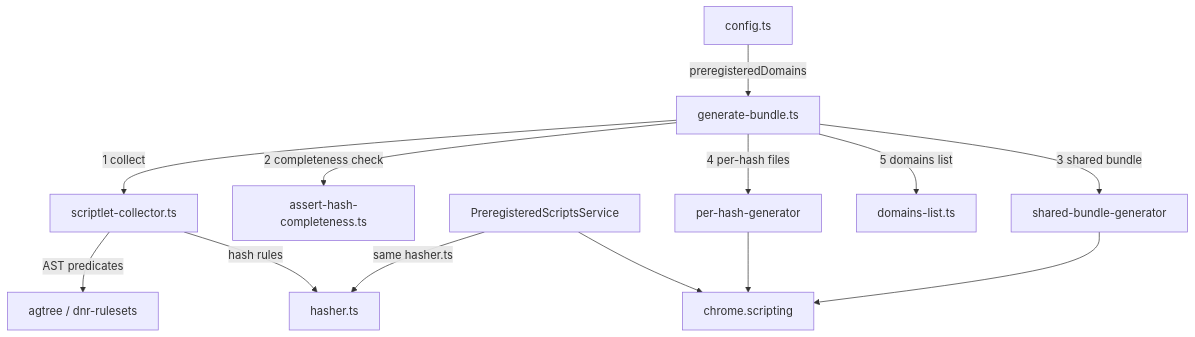
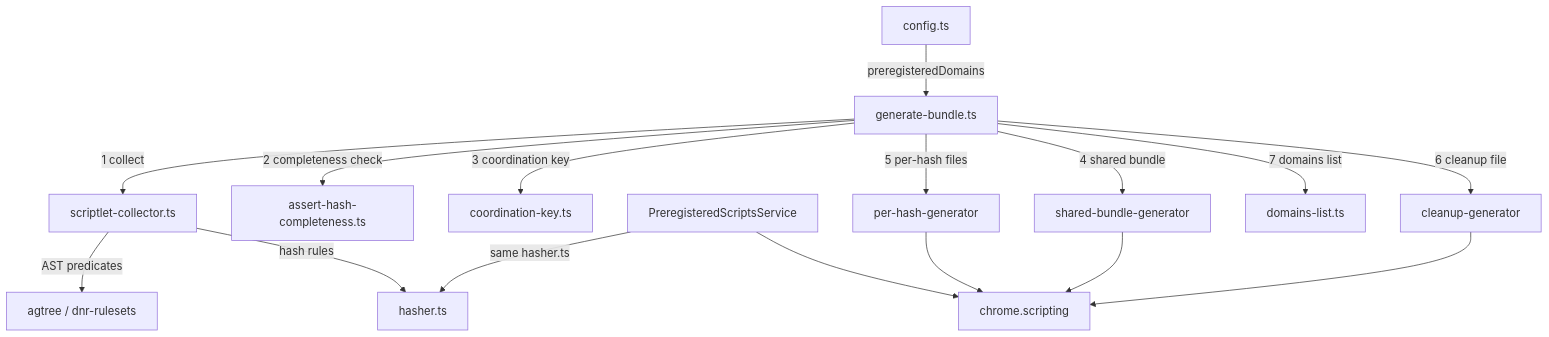
Before and after one commit to AdguardTeam/AdguardBrowserExtension: the diagram in tools/resources/preregistered-scripts/README.md, drawn with Mermaid. The commit also changed other lines of this file and 13 other files, not shown here.

Commit message:
feat: introduce coordination key for scriptlet execution

````diff
--- a/tools/resources/preregistered-scripts/README.md
+++ b/tools/resources/preregistered-scripts/README.md
@@ -10,15 +10,18 @@
 ```mermaid
 flowchart TD
     CFG[config.ts] -->|preregisteredDomains| GEN[generate-bundle.ts]
     GEN -->|1 collect| SC[scriptlet-collector.ts]
     SC -->|AST predicates| AG[agtree / dnr-rulesets]
     SC -->|hash rules| HASH[hasher.ts]
     GEN -->|2 completeness check| AHC[assert-hash-completeness.ts]
-    GEN -->|3 shared bundle| SB[shared-bundle-generator]
-    GEN -->|4 per-hash files| PH[per-hash-generator]
-    GEN -->|5 domains list| DL[domains-list.ts]
+    GEN -->|3 coordination key| CK[coordination-key.ts]
+    GEN -->|4 shared bundle| SB[shared-bundle-generator]
+    GEN -->|5 per-hash files| PH[per-hash-generator]
+    GEN -->|6 cleanup file| CL[cleanup-generator]
+    GEN -->|7 domains list| DL[domains-list.ts]
     RT[PreregisteredScriptsService] -->|same hasher.ts| HASH
     RT --> CP[chrome.scripting]
     PH --> CP
     SB --> CP
+    CL --> CP
 ```
````
